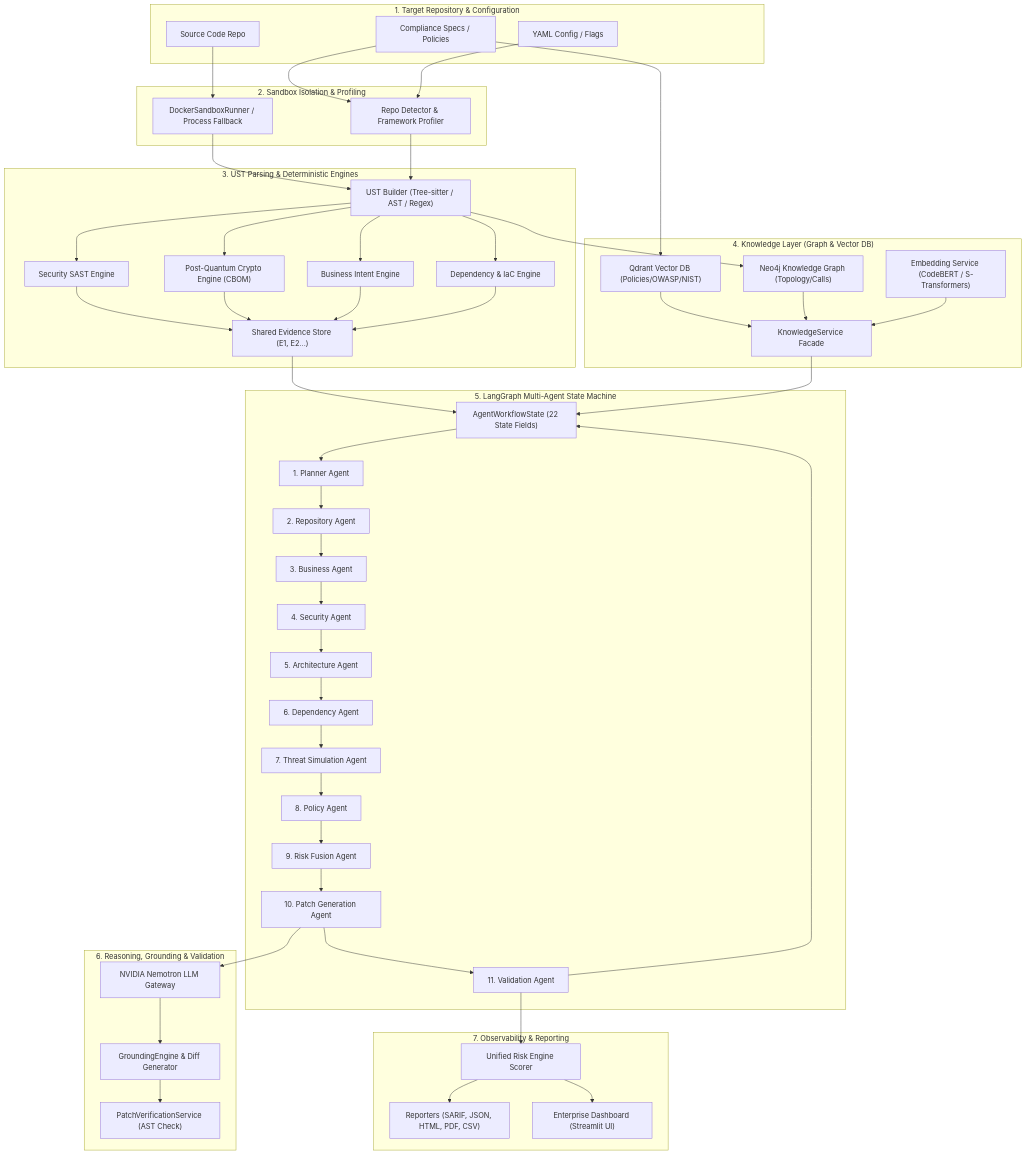
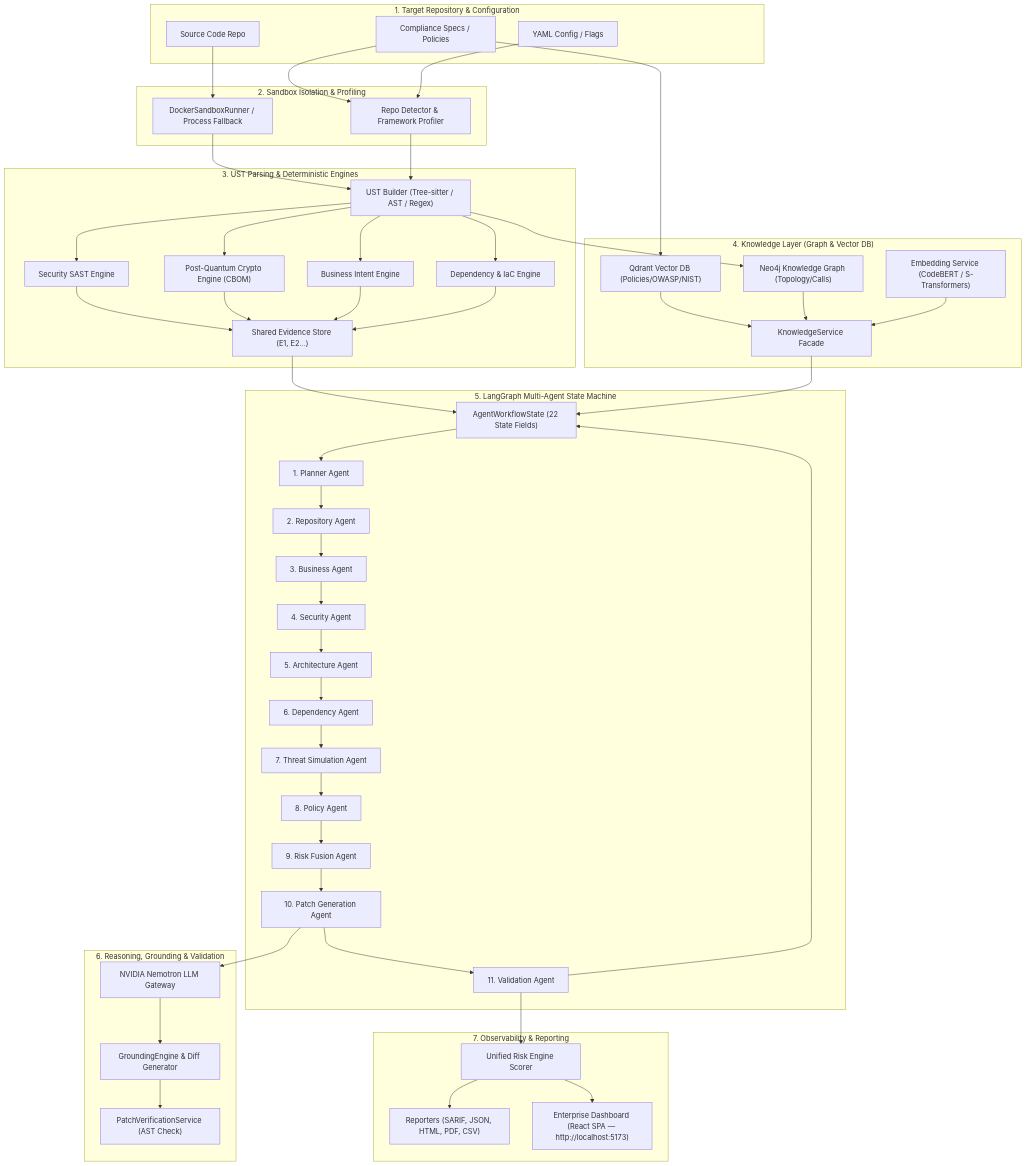
One commit to karnaongit/AI-Code-Guardian changed the diagram in docs/END_TO_END_SYSTEM_DESIGN.md. Above: the diagram before and after it, drawn with Mermaid. The commit also changed other lines of this file and 79 other files, not shown here.

````diff
--- a/docs/END_TO_END_SYSTEM_DESIGN.md
+++ b/docs/END_TO_END_SYSTEM_DESIGN.md
@@ -25,78 +25,78 @@
 ```mermaid
 flowchart TD
     subgraph Input ["1. Target Repository & Configuration"]
         Repo["Source Code Repo"]
         Policy["Compliance Specs / Policies"]
         UserConfig["YAML Config / Flags"]
     end
 
     subgraph Sandbox ["2. Sandbox Isolation & Profiling"]
         DockerRunner["DockerSandboxRunner / Process Fallback"]
         RepoDetector["Repo Detector & Framework Profiler"]
     end
 
     subgraph EngineLayer ["3. UST Parsing & Deterministic Engines"]
         USTBuilder["UST Builder (Tree-sitter / AST / Regex)"]
         SecEngine["Security SAST Engine"]
         PQCEngine["Post-Quantum Crypto Engine (CBOM)"]
         BizEngine["Business Intent Engine"]
         DepEngine["Dependency & IaC Engine"]
         EvidenceStore["Shared Evidence Store (E1, E2...)"]
     end
 
     subgraph KnowledgeLayer ["4. Knowledge Layer (Graph & Vector DB)"]
         Qdrant["Qdrant Vector DB (Policies/OWASP/NIST)"]
         Neo4j["Neo4j Knowledge Graph (Topology/Calls)"]
         Embeddings["Embedding Service (CodeBERT / S-Transformers)"]
         KnowledgeFacade["KnowledgeService Facade"]
     end
 
     subgraph Orchestration ["5. LangGraph Multi-Agent State Machine"]
         State["AgentWorkflowState (22 State Fields)"]
         Planner["1. Planner Agent"]
         RepoAgent["2. Repository Agent"]
         BizAgent["3. Business Agent"]
         SecAgent["4. Security Agent"]
         ArchAgent["5. Architecture Agent"]
         DepAgent["6. Dependency Agent"]
         ThreatAgent["7. Threat Simulation Agent"]
         PolicyAgent["8. Policy Agent"]
         RiskAgent["9. Risk Fusion Agent"]
         PatchAgent["10. Patch Generation Agent"]
         ValAgent["11. Validation Agent"]
     end
 
     subgraph RemediationReasoning ["6. Reasoning, Grounding & Validation"]
         Nemotron["NVIDIA Nemotron LLM Gateway"]
         Grounding["GroundingEngine & Diff Generator"]
         ReVerification["PatchVerificationService (AST Check)"]
     end
 
     subgraph OutputDashboard ["7. Observability & Reporting"]
         RiskScore["Unified Risk Engine Scorer"]
         Reporters["Reporters (SARIF, JSON, HTML, PDF, CSV)"]
-        DashboardUI["Enterprise Dashboard (Streamlit UI)"]
+        DashboardUI["Enterprise Dashboard (React SPA — http://localhost:5173)"]
     end
 
     Repo --> DockerRunner
     Policy --> RepoDetector
     UserConfig --> RepoDetector
     DockerRunner --> USTBuilder
     RepoDetector --> USTBuilder
 
     USTBuilder --> SecEngine & PQCEngine & BizEngine & DepEngine
     SecEngine & PQCEngine & BizEngine & DepEngine --> EvidenceStore
 
     USTBuilder --> Neo4j
     Policy --> Qdrant
     Qdrant & Neo4j & Embeddings --> KnowledgeFacade
 
     EvidenceStore & KnowledgeFacade --> State
     State --> Planner --> RepoAgent --> BizAgent --> SecAgent --> ArchAgent --> DepAgent --> ThreatAgent --> PolicyAgent --> RiskAgent --> PatchAgent --> ValAgent --> State
 
     PatchAgent --> Nemotron
     Nemotron --> Grounding --> ReVerification
     ValAgent --> RiskScore
 
     RiskScore --> Reporters & DashboardUI
 ```
````
